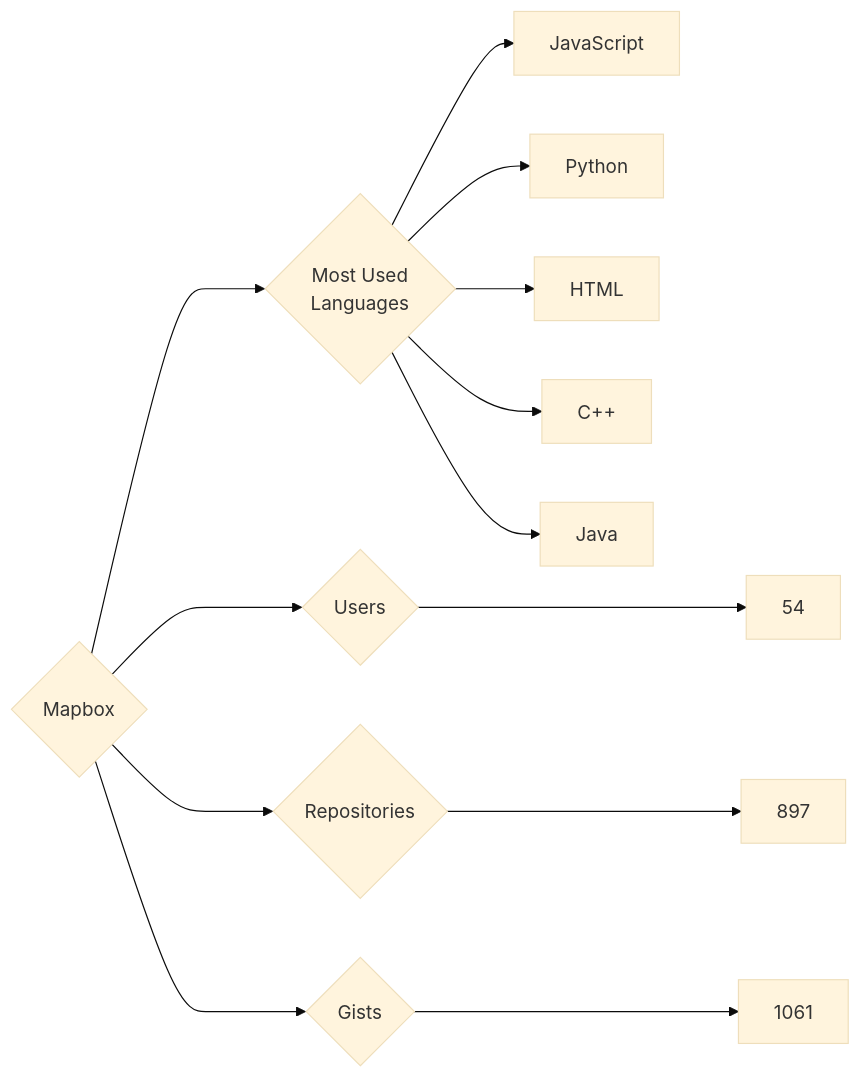
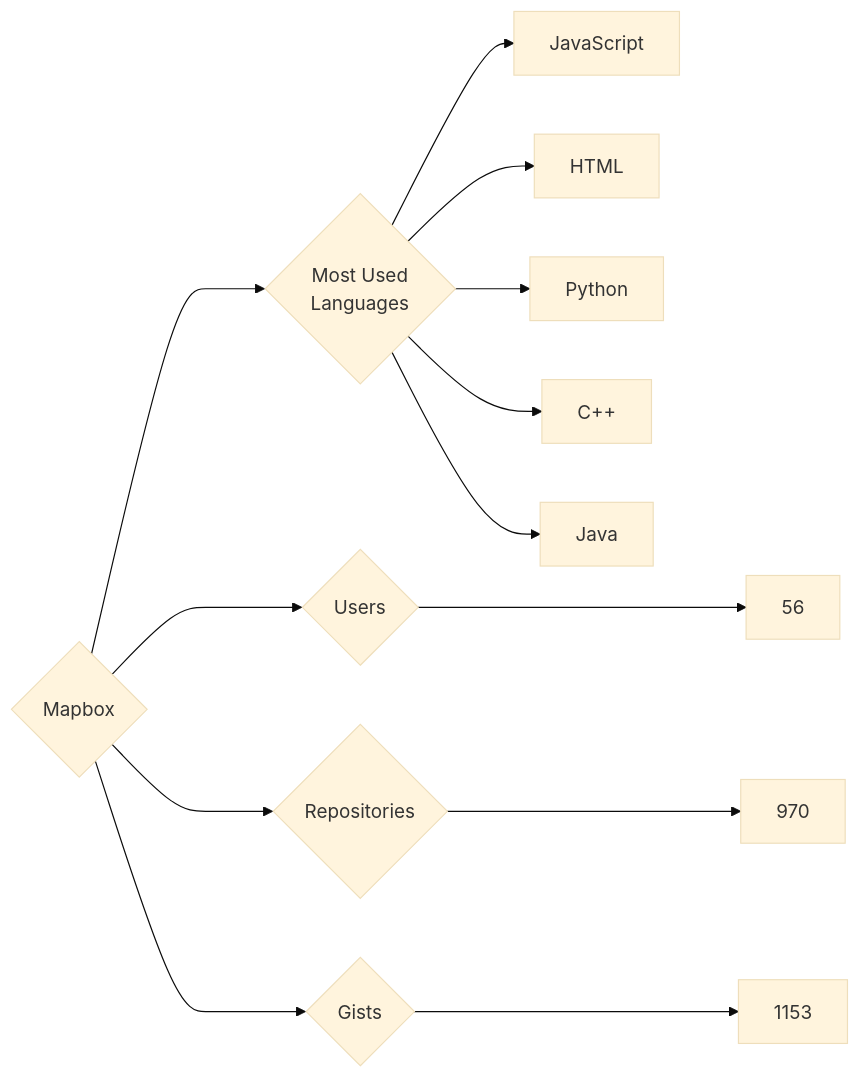
One commit to trickest/insiders changed the diagram in targets/Mapbox/README.md. Above: the diagram before and after it, drawn with Mermaid (base theme). The commit also changed 748 other files, not shown here.

````diff
--- a/targets/Mapbox/README.md
+++ b/targets/Mapbox/README.md
@@ -3,13 +3,13 @@
 ```mermaid
 graph LR
 COMPANY_NAME{Mapbox}
-COMPANY_NAME ---> U{Users} ---> UN[54]
-COMPANY_NAME ---> R{Repositories} ---> RN[897]
-COMPANY_NAME ---> G{Gists} ---> GN[1061]
+COMPANY_NAME ---> U{Users} ---> UN[56]
+COMPANY_NAME ---> R{Repositories} ---> RN[970]
+COMPANY_NAME ---> G{Gists} ---> GN[1153]
 COMPANY_NAME ---> ML{Most Used<br>Languages}
 ML --> JavaScript[JavaScript]
+ML --> HTML[HTML]
 ML --> Python[Python]
-ML --> HTML[HTML]
 ML --> C++[C++]
 ML --> Java[Java]
 ```
````
